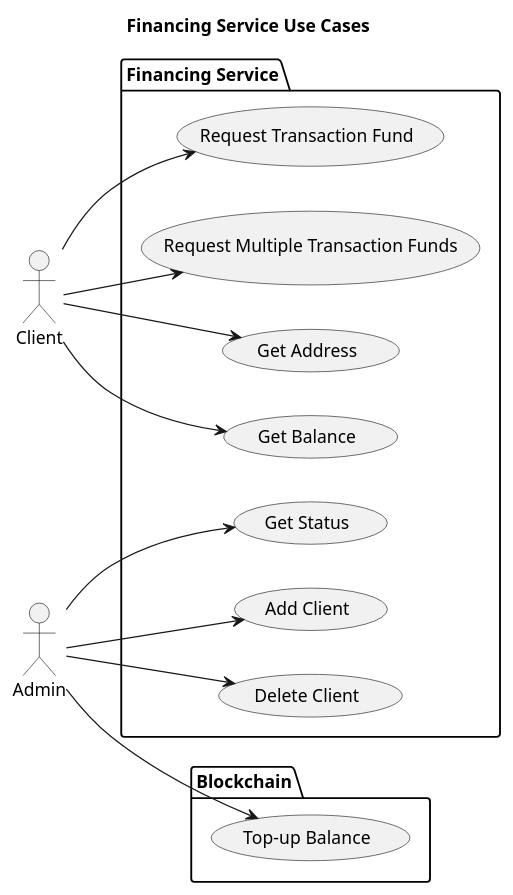
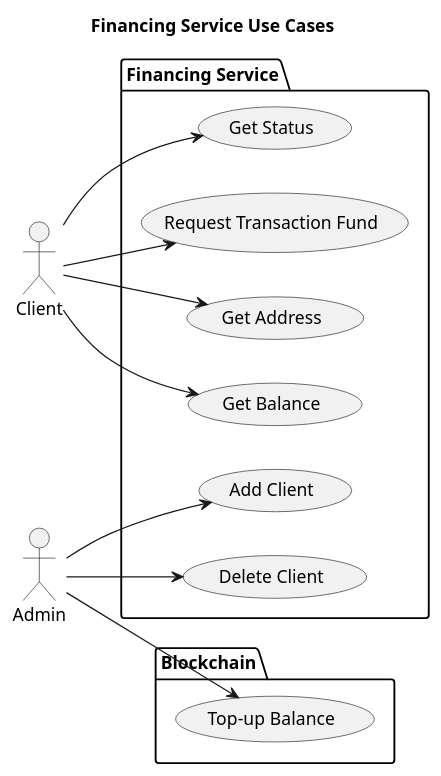
Before and after one commit to nchain-innovation/financing-service: the diagram in docs/diagrams/use-case.puml, drawn with PlantUML. The commit also changed 5 other files, not shown here.

```diff
--- a/docs/diagrams/use-case.puml
+++ b/docs/diagrams/use-case.puml
@@ -1,23 +1,22 @@
 @startuml
 title Financing Service Use Cases
 left to right direction
 
 actor Client as C
 actor Admin as A
 
 package "Financing Service" {
+    C --> (Get Status) 
     C --> (Request Transaction Fund)
-    C --> (Request Multiple Transaction Funds)
     C --> (Get Address)
     C --> (Get Balance)
 
-    A --> (Get Status) 
     A --> (Add Client)
     A --> (Delete Client)
 }
 
 package "Blockchain" {
     A --> (Top-up Balance)
 }
 
 @enduml
```
